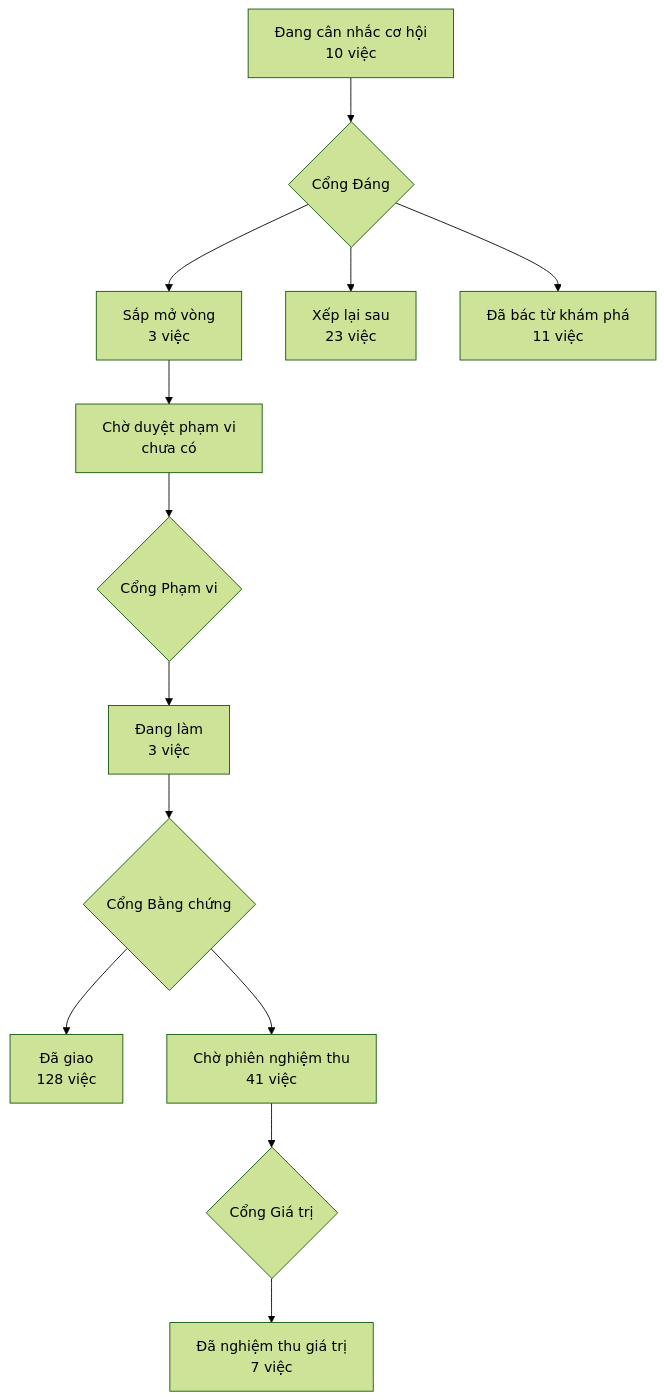
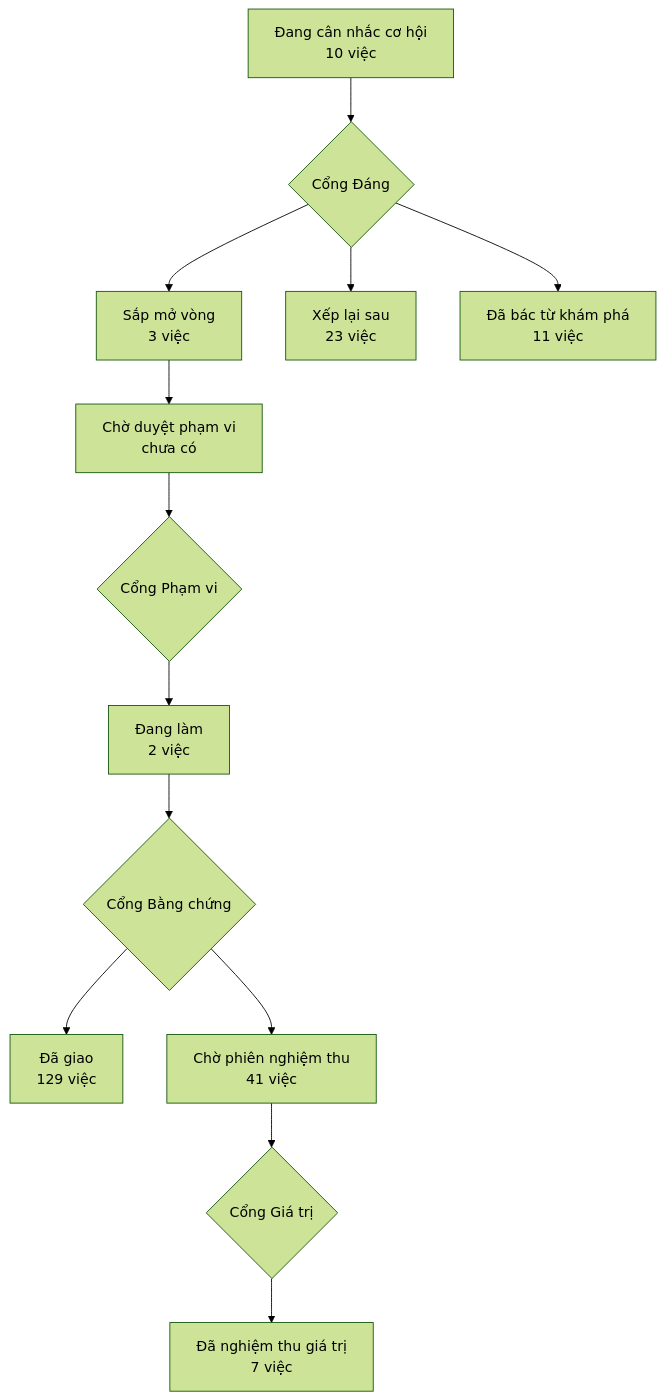
One commit to phanlemanh/acceptance-gate-kit changed the diagram in PRODUCT-MAP.md. Above: the diagram before and after it, drawn with Mermaid (forest theme). The commit also changed 5 other files, not shown here.

````diff
--- a/PRODUCT-MAP.md
+++ b/PRODUCT-MAP.md
@@ -7,12 +7,12 @@
 ```mermaid
 flowchart TD
   A["Đang cân nhắc cơ hội<br/>10 việc"] --> GD{"Cổng Đáng"}
   GD --> B["Sắp mở vòng<br/>3 việc"]
   GD --> XL["Xếp lại sau<br/>23 việc"]
   GD --> DB["Đã bác từ khám phá<br/>11 việc"]
   B --> CD["Chờ duyệt phạm vi<br/>chưa có"] --> GP{"Cổng Phạm vi"}
-  GP --> DL["Đang làm<br/>3 việc"] --> GB{"Cổng Bằng chứng"}
-  GB --> DG["Đã giao<br/>128 việc"]
+  GP --> DL["Đang làm<br/>2 việc"] --> GB{"Cổng Bằng chứng"}
+  GB --> DG["Đã giao<br/>129 việc"]
   GB --> CN["Chờ phiên nghiệm thu<br/>41 việc"] --> GG{"Cổng Giá trị"}
   GG --> NT["Đã nghiệm thu giá trị<br/>7 việc"]
 ```
````
